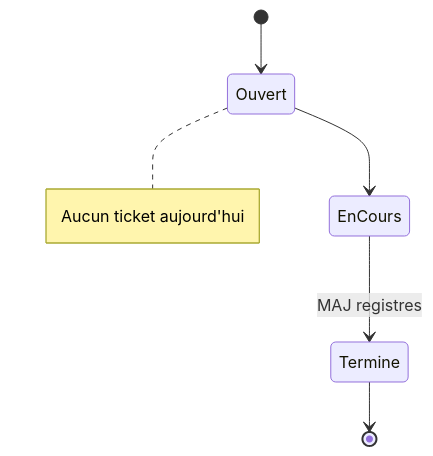
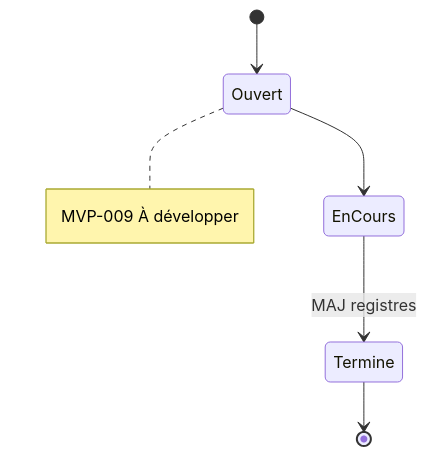
Before and after one commit to JavaChrist/Tai-Chi-AI-Coach: the second of 2 diagrams in docs/runtime/11_BACKLOG.md, drawn with Mermaid. The commit also changed other lines of this file and 8 other files, not shown here.

First line of the commit message:
docs(roadmap): formalize post-MVP-008B development sequence

````diff
--- a/docs/runtime/11_BACKLOG.md
+++ b/docs/runtime/11_BACKLOG.md
@@ -71,8 +69,8 @@
 ```mermaid
 stateDiagram-v2
   [*] --> Ouvert
   Ouvert --> EnCours
   EnCours --> Termine: MAJ registres
   Termine --> [*]
-  note right of Ouvert: Aucun ticket aujourd'hui
+  note right of Ouvert: MVP-009 À développer
 ```
````
